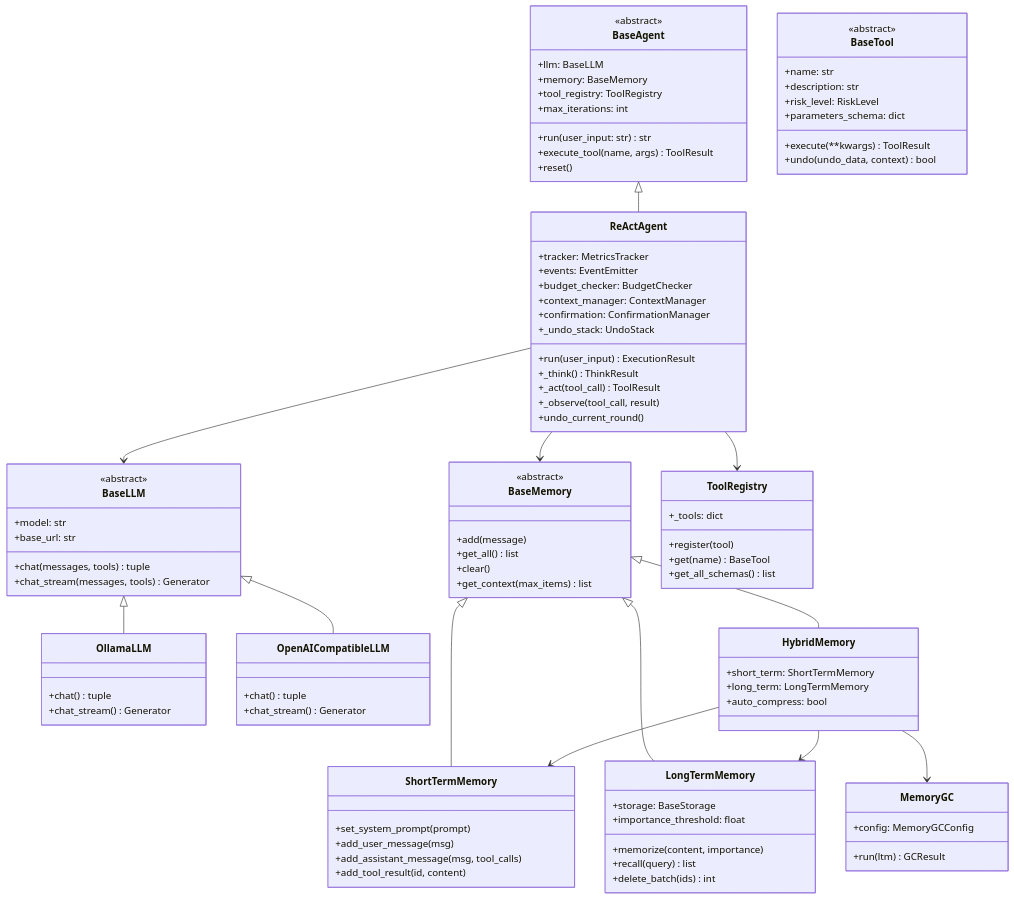
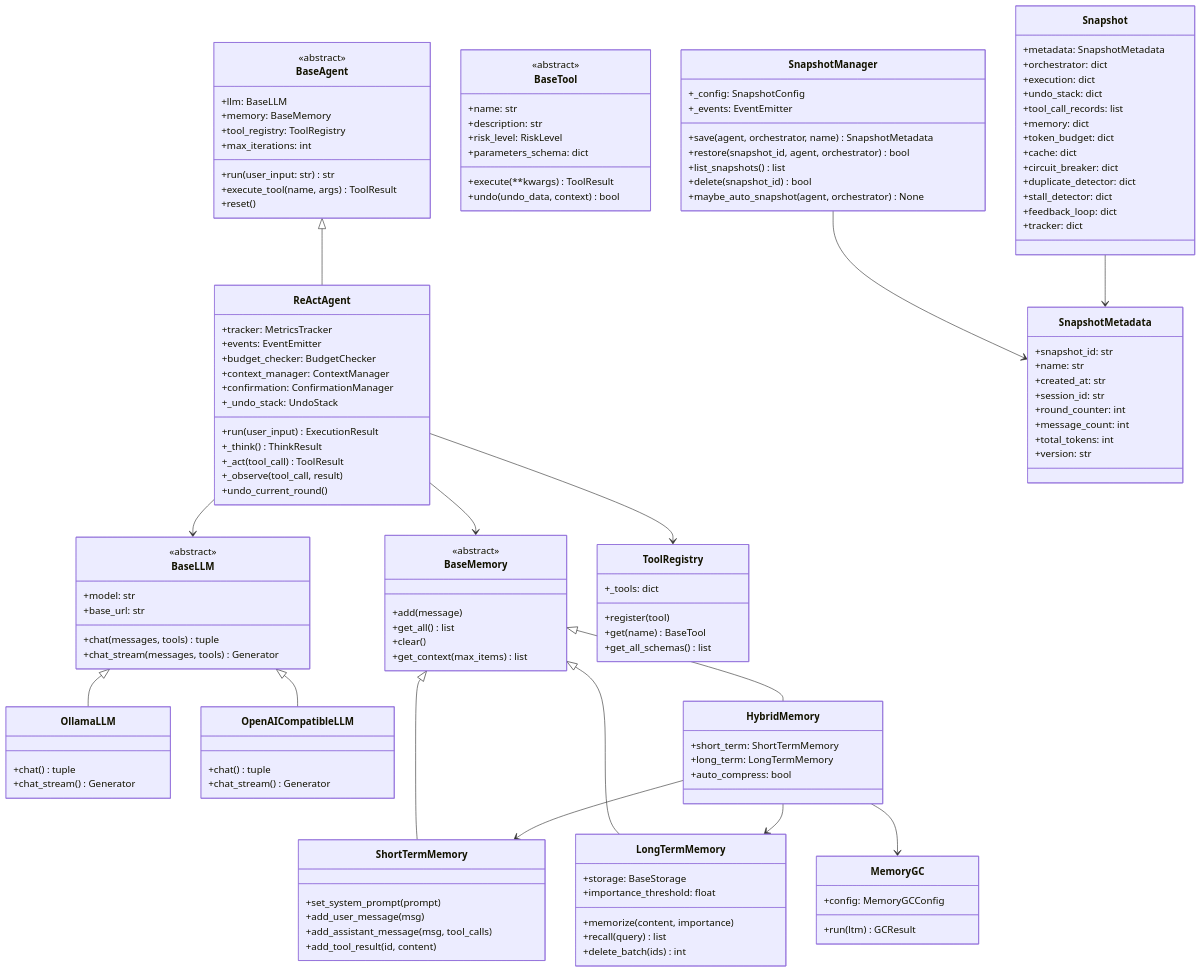
One commit to Tobytywang/NanoAgent changed the second of 4 diagrams in docs/architecture.md. Above: the diagram before and after it, drawn with Mermaid. The commit also changed other lines of this file and 17 other files, not shown here.

````diff
--- a/docs/architecture.md
+++ b/docs/architecture.md
@@ -195,6 +197,43 @@
         +get_all_schemas() list
     }
 
+    class SnapshotManager {
+        +_config: SnapshotConfig
+        +_events: EventEmitter
+        +save(agent, orchestrator, name) SnapshotMetadata
+        +restore(snapshot_id, agent, orchestrator) bool
+        +list_snapshots() list
+        +delete(snapshot_id) bool
+        +maybe_auto_snapshot(agent, orchestrator) None
+    }
+
+    class SnapshotMetadata {
+        +snapshot_id: str
+        +name: str
+        +created_at: str
+        +session_id: str
+        +round_counter: int
+        +message_count: int
+        +total_tokens: int
+        +version: str
+    }
+
+    class Snapshot {
+        +metadata: SnapshotMetadata
+        +orchestrator: dict
+        +execution: dict
+        +undo_stack: dict
+        +tool_call_records: list
+        +memory: dict
+        +token_budget: dict
+        +cache: dict
+        +circuit_breaker: dict
+        +duplicate_detector: dict
+        +stall_detector: dict
+        +feedback_loop: dict
+        +tracker: dict
+    }
+
     BaseAgent <|-- ReActAgent
     BaseLLM <|-- OllamaLLM
     BaseLLM <|-- OpenAICompatibleLLM
@@ -208,4 +247,7 @@
     HybridMemory --> ShortTermMemory
     HybridMemory --> LongTermMemory
     HybridMemory --> MemoryGC
+
+    SnapshotManager --> SnapshotMetadata
+    Snapshot --> SnapshotMetadata
 ```
````
